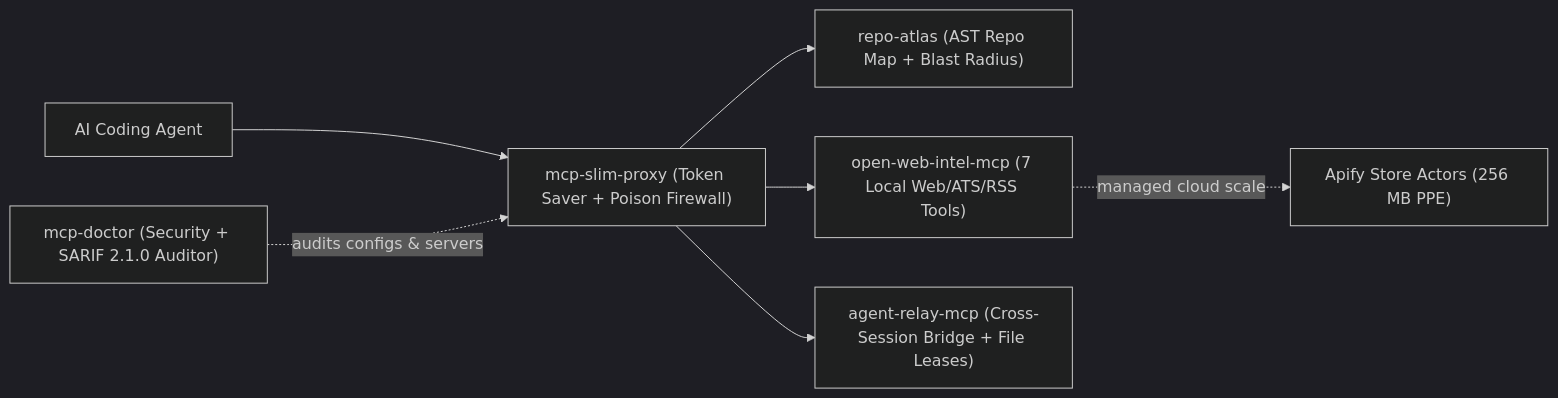
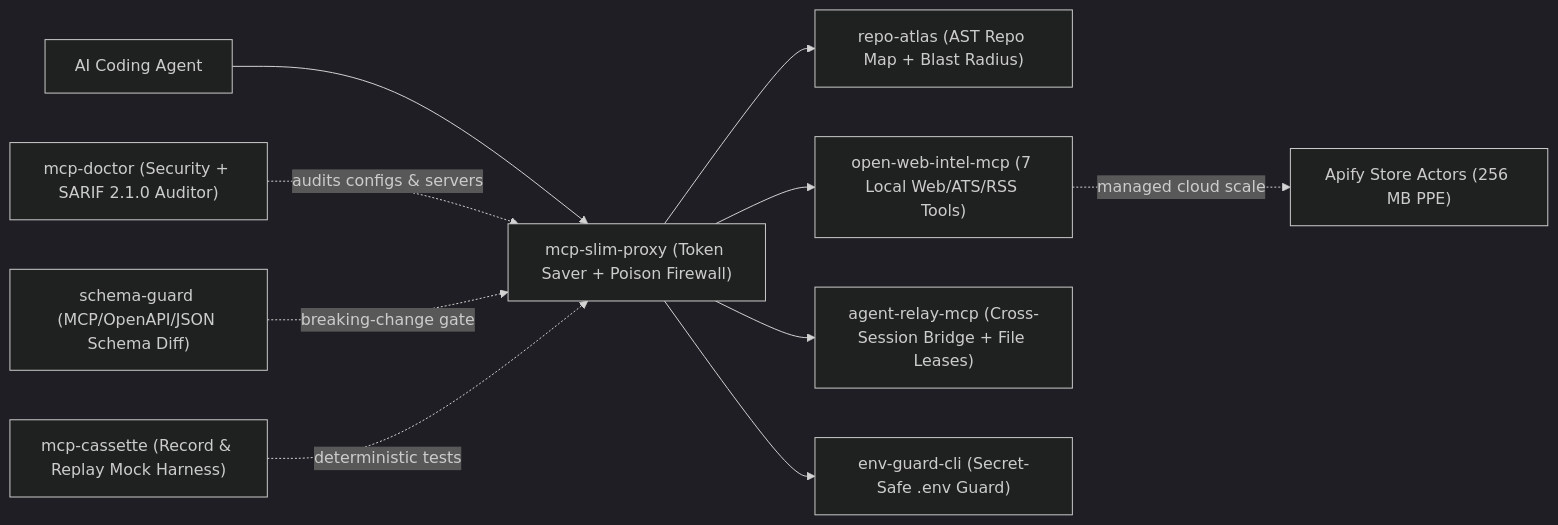
Before and after one commit to pie527645-cloud/pie527645-cloud: the diagram in README.md, drawn with Mermaid (dark theme). The commit also changed other lines of this file, not shown here.

Commit message:
docs: add Wave 3 tools (env-guard-cli, schema-guard, mcp-cassette)

````diff
--- a/README.md
+++ b/README.md
@@ -5,9 +5,12 @@
 ```mermaid
 flowchart LR
     Agent["AI Coding Agent"] --> Slim["mcp-slim-proxy (Token Saver + Poison Firewall)"]
     Slim --> Atlas["repo-atlas (AST Repo Map + Blast Radius)"]
     Slim --> WebIntel["open-web-intel-mcp (7 Local Web/ATS/RSS Tools)"]
     Slim --> Relay["agent-relay-mcp (Cross-Session Bridge + File Leases)"]
+    Slim --> EnvGuard["env-guard-cli (Secret-Safe .env Guard)"]
     Doctor["mcp-doctor (Security + SARIF 2.1.0 Auditor)"] -. audits configs & servers .-> Slim
+    Schema["schema-guard (MCP/OpenAPI/JSON Schema Diff)"] -. breaking-change gate .-> Slim
+    Cassette["mcp-cassette (Record & Replay Mock Harness)"] -. deterministic tests .-> Slim
     WebIntel -. managed cloud scale .-> Apify["Apify Store Actors (256 MB PPE)"]
 ```
````
